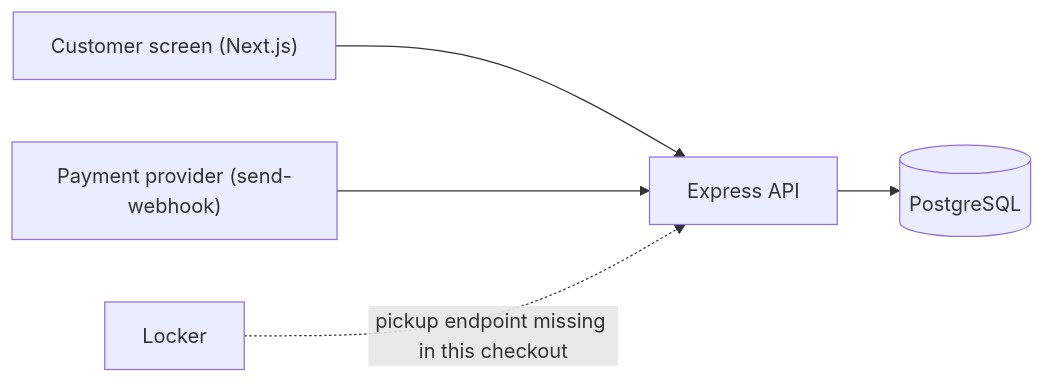
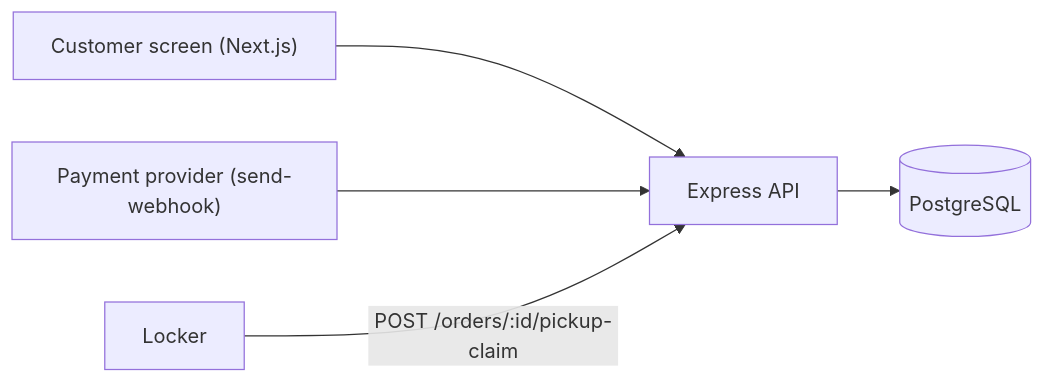
One commit to ar-ease/assignmentProject changed the first of 2 diagrams in README.md. Above: the diagram before and after it, drawn with Mermaid. The commit also changed other lines of this file and 7 other files, not shown here.

````diff
--- a/README.md
+++ b/README.md
@@ -154,7 +119,7 @@
 ```mermaid
 flowchart LR
     customer["Customer screen (Next.js)"] --> api["Express API"]
     provider["Payment provider (send-webhook)"] --> api
-    locker["Locker"] -.->|"pickup endpoint missing in this checkout"| api
+    locker["Locker"] -->|"POST /orders/:id/pickup-claim"| api
     api --> db[(PostgreSQL)]
 ```
````
